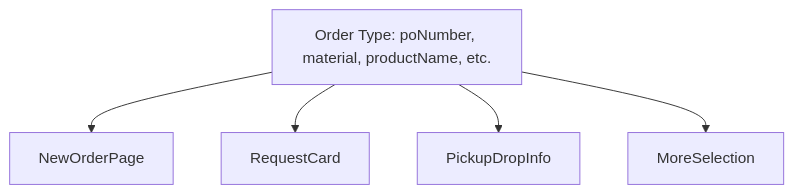
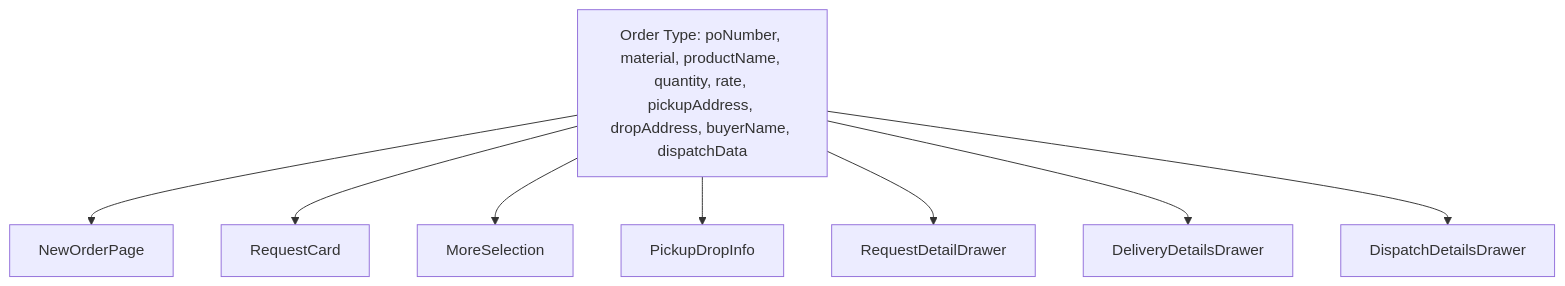
Before and after one commit to ayooshS/freightfox-frontend: the third of 4 diagrams in README.new-orders.md, drawn with Mermaid. The commit also changed other lines of this file, not shown here.

````diff
--- a/README.new-orders.md
+++ b/README.new-orders.md
@@ -109,9 +172,14 @@
 ```mermaid
 graph TD
-  OrderType[Order Type: poNumber, material, productName, etc.]
 
-  OrderType --> NewOrderPage
-  OrderType --> RequestCard
-  OrderType --> PickupDropInfo
-  OrderType --> MoreSelection
+OrderType[Order Type: poNumber, material, productName, quantity, rate, pickupAddress, dropAddress, buyerName, dispatchData]
+
+OrderType --> NewOrderPage
+OrderType --> RequestCard
+OrderType --> MoreSelection
+OrderType --> PickupDropInfo
+OrderType --> RequestDetailDrawer
+OrderType --> DeliveryDetailsDrawer
+OrderType --> DispatchDetailsDrawer
+
 ```
````
